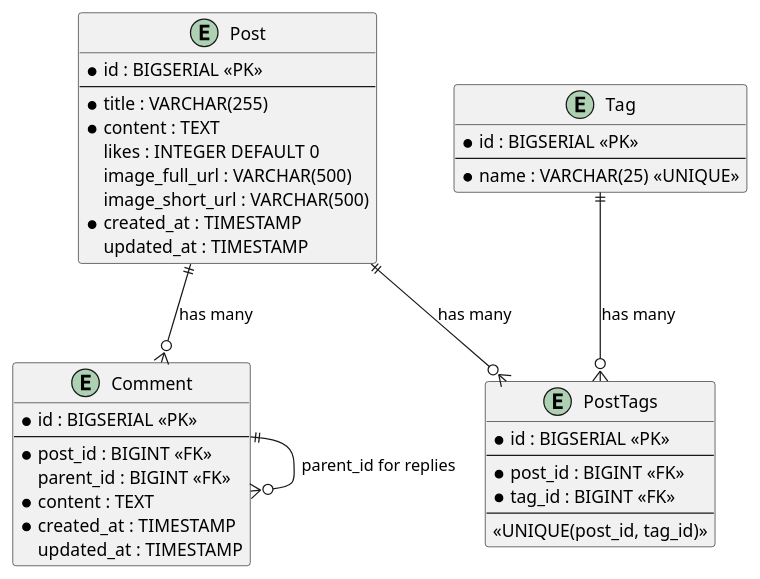
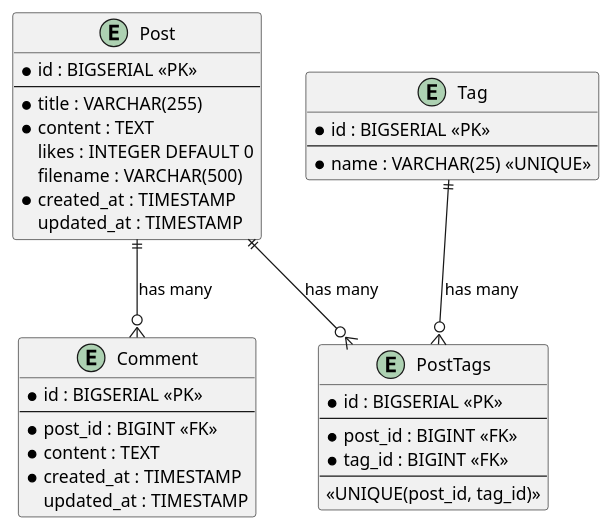
Before and after one commit to ksa-git-01/middle-java-sprint-3: the diagram in src/main/diagrams/er-diagram.puml, drawn with PlantUML.

Commit message:
modify ER diagram

```diff
--- a/src/main/diagrams/er-diagram.puml
+++ b/src/main/diagrams/er-diagram.puml
@@ -1,44 +1,41 @@
 @startuml
 entity Post {
   * id : BIGSERIAL <<PK>>
   --
   * title : VARCHAR(255)
   * content : TEXT
   likes : INTEGER DEFAULT 0
-  image_full_url : VARCHAR(500)
-  image_short_url : VARCHAR(500)
+  filename : VARCHAR(500)
   * created_at : TIMESTAMP
   updated_at : TIMESTAMP
 }
 
 entity Comment {
   * id : BIGSERIAL <<PK>>
   --
   * post_id : BIGINT <<FK>>
-  parent_id : BIGINT <<FK>>
   * content : TEXT
   * created_at : TIMESTAMP
   updated_at : TIMESTAMP
 }
 
 entity Tag {
   * id : BIGSERIAL <<PK>>
   --
   * name : VARCHAR(25) <<UNIQUE>>
 }
 
 entity PostTags {
   * id : BIGSERIAL <<PK>>
   --
   * post_id : BIGINT <<FK>>
   * tag_id : BIGINT <<FK>>
   --
   <<UNIQUE(post_id, tag_id)>>
 }
 
 Post ||--o{ Comment : "has many"
 Post ||--o{ PostTags : "has many"
 Tag ||--o{ PostTags : "has many"
-Comment ||--o{ Comment : "parent_id for replies"
 
 @enduml
```
